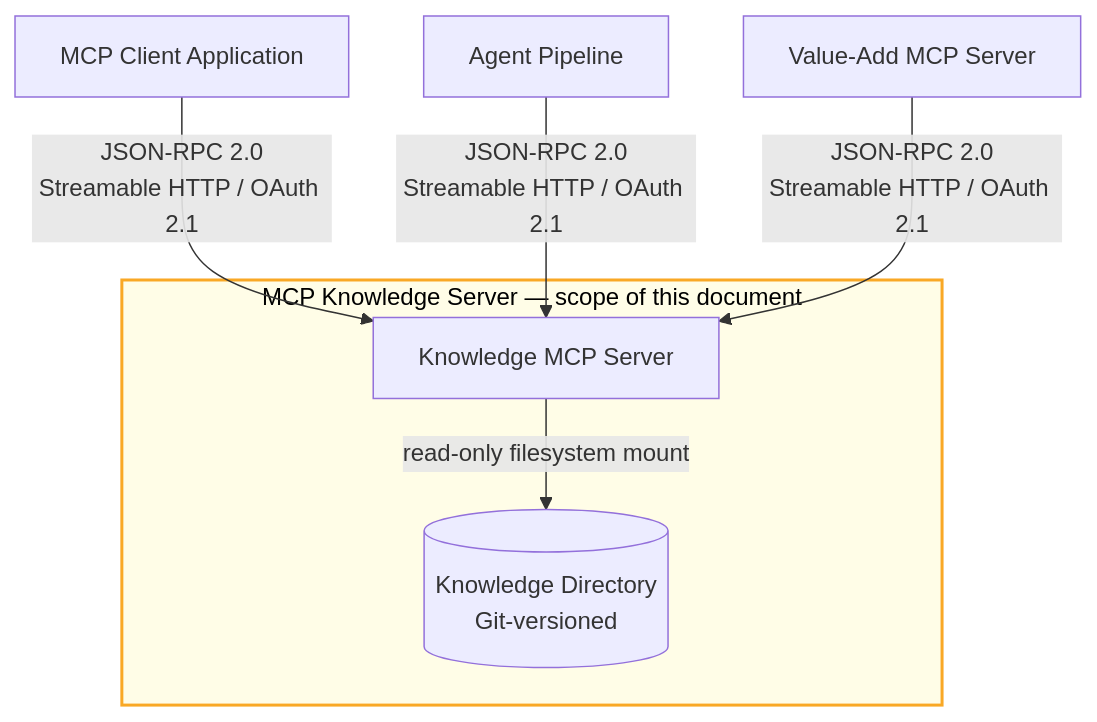
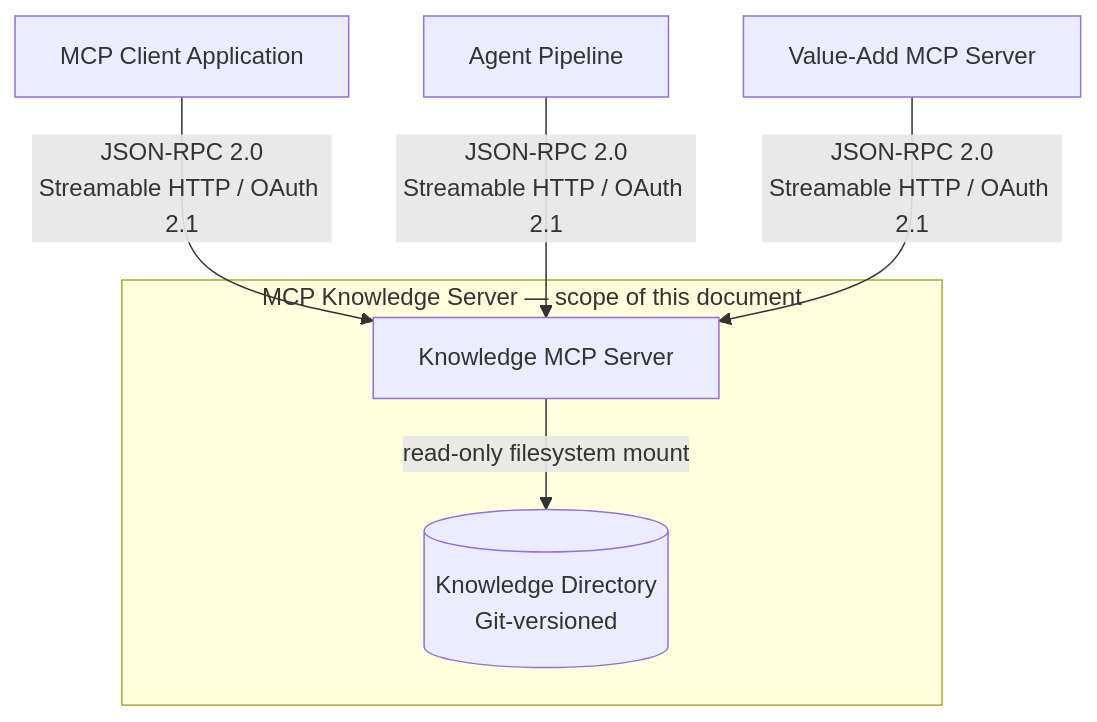
Before and after one commit to M-A-Operating-System/shared-work: the diagram in docs/product/knowledge/01_overview.md, drawn with Mermaid.

Commit message:
docs(knowledge): remove explicit subgraph styling — use Mermaid default
https://claude.ai/code/session_01CYjqpWt1v2JhCDuDBEJCSM

````diff
--- a/docs/product/knowledge/01_overview.md
+++ b/docs/product/knowledge/01_overview.md
@@ -58,18 +58,16 @@
 ```mermaid
 graph TD
     A[MCP Client Application]
     B[Agent Pipeline]
     C[Value-Add MCP Server]
 
     subgraph KS["MCP Knowledge Server — scope of this document"]
         K[Knowledge MCP Server]
         D[(Knowledge Directory\nGit-versioned)]
         K -->|read-only filesystem mount| D
     end
 
-    style KS fill:#fffde7,stroke:#f9a825,stroke-width:2px,color:#000
-
     A -->|JSON-RPC 2.0\nStreamable HTTP / OAuth 2.1| K
     B -->|JSON-RPC 2.0\nStreamable HTTP / OAuth 2.1| K
     C -->|JSON-RPC 2.0\nStreamable HTTP / OAuth 2.1| K
 ```
````
